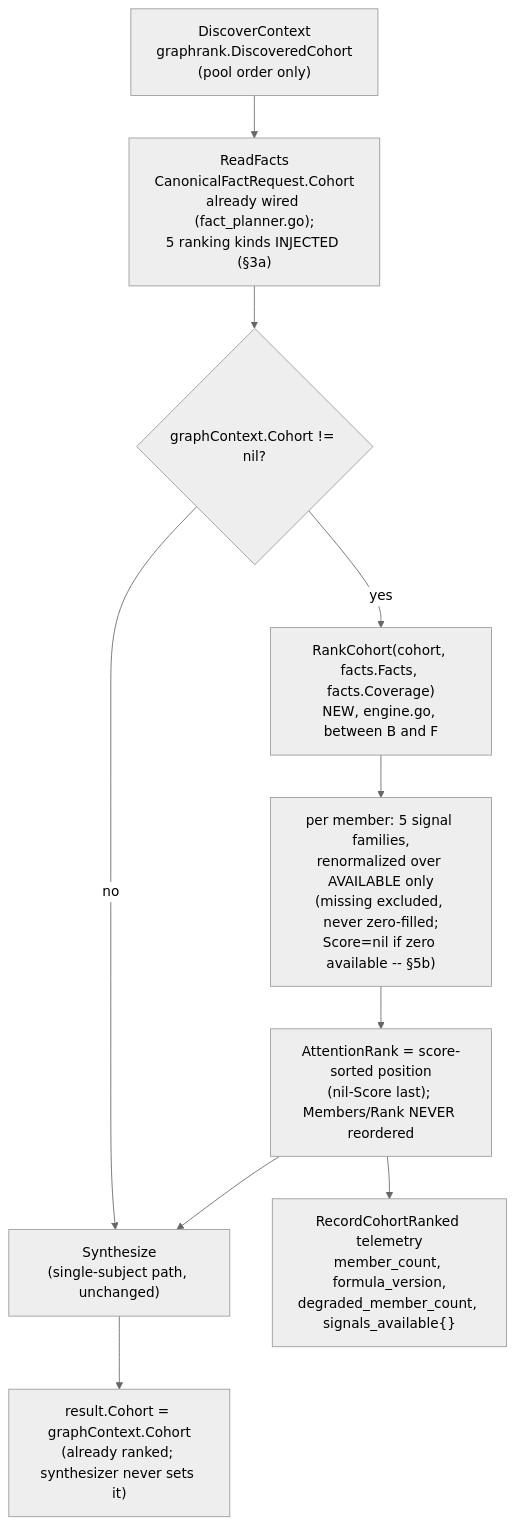
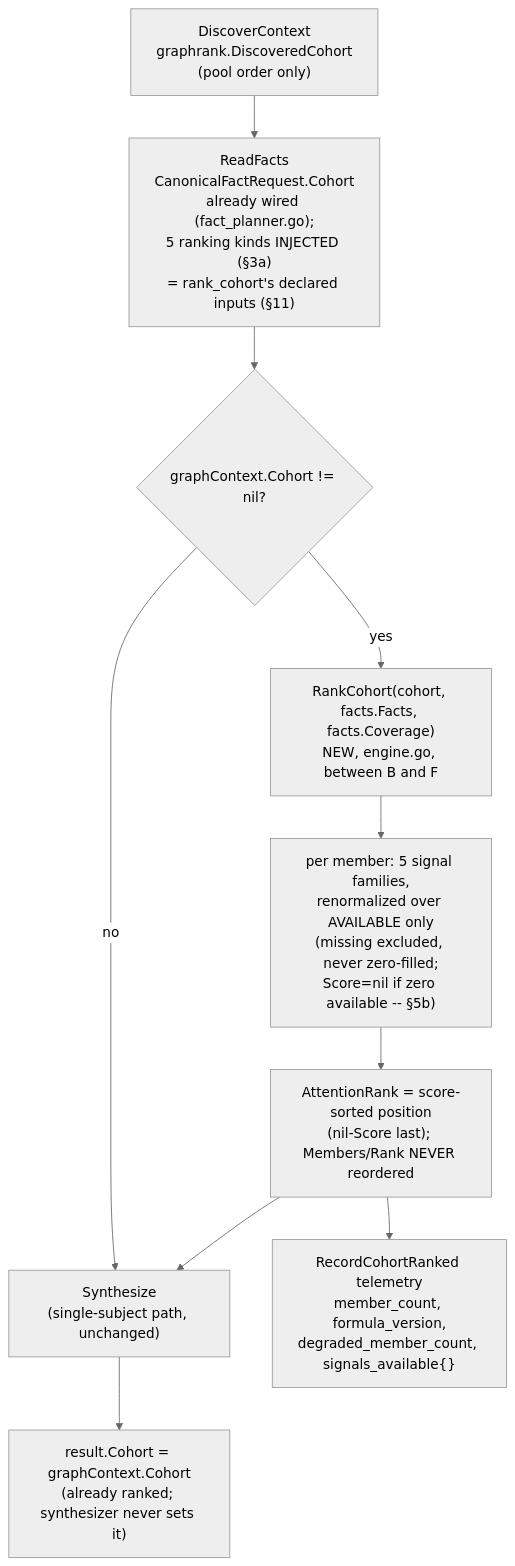
Before and after one commit to full-chaos/dev-health-acr: the seventh of 14 diagrams in docs/design/context-fabric-architecture-diagrams.md, drawn with Mermaid (neutral theme). The commit also changed other lines of this file and 9 other files, not shown here.

````diff
--- a/docs/design/context-fabric-architecture-diagrams.md
+++ b/docs/design/context-fabric-architecture-diagrams.md
@@ -1012,12 +1012,12 @@
 ```mermaid
 flowchart TB
-    A["DiscoverContext<br/>graphrank.DiscoveredCohort<br/>(pool order only)"] --> B["ReadFacts<br/>CanonicalFactRequest.Cohort<br/>already wired (fact_planner.go);<br/>5 ranking kinds INJECTED (§3a)"]
+    A["DiscoverContext<br/>graphrank.DiscoveredCohort<br/>(pool order only)"] --> B["ReadFacts<br/>CanonicalFactRequest.Cohort<br/>already wired (fact_planner.go);<br/>5 ranking kinds INJECTED (§3a)<br/>= rank_cohort's declared inputs (§11)"]
     B --> C{"graphContext.Cohort != nil?"}
     C -- no --> F["Synthesize<br/>(single-subject path, unchanged)"]
     C -- yes --> D["RankCohort(cohort, facts.Facts, facts.Coverage)<br/>NEW, engine.go, between B and F"]
     D --> D1["per member: 5 signal families,<br/>renormalized over AVAILABLE only<br/>(missing excluded, never zero-filled;<br/>Score=nil if zero available -- §5b)"]
     D1 --> D2["AttentionRank = score-sorted position<br/>(nil-Score last); Members/Rank NEVER reordered"]
     D2 --> E["RecordCohortRanked telemetry<br/>member_count, formula_version,<br/>degraded_member_count, signals_available{}"]
     D2 --> F
     F --> G["result.Cohort = graphContext.Cohort<br/>(already ranked; synthesizer never sets it)"]
 ```
````
